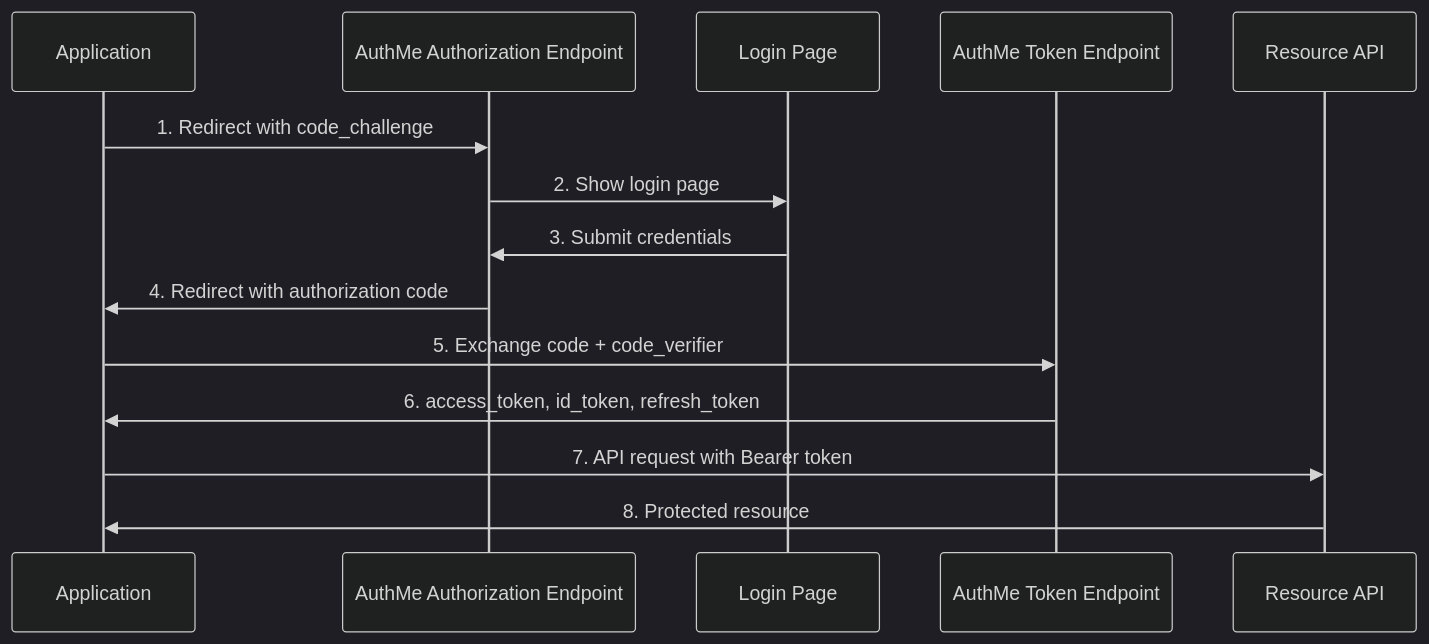
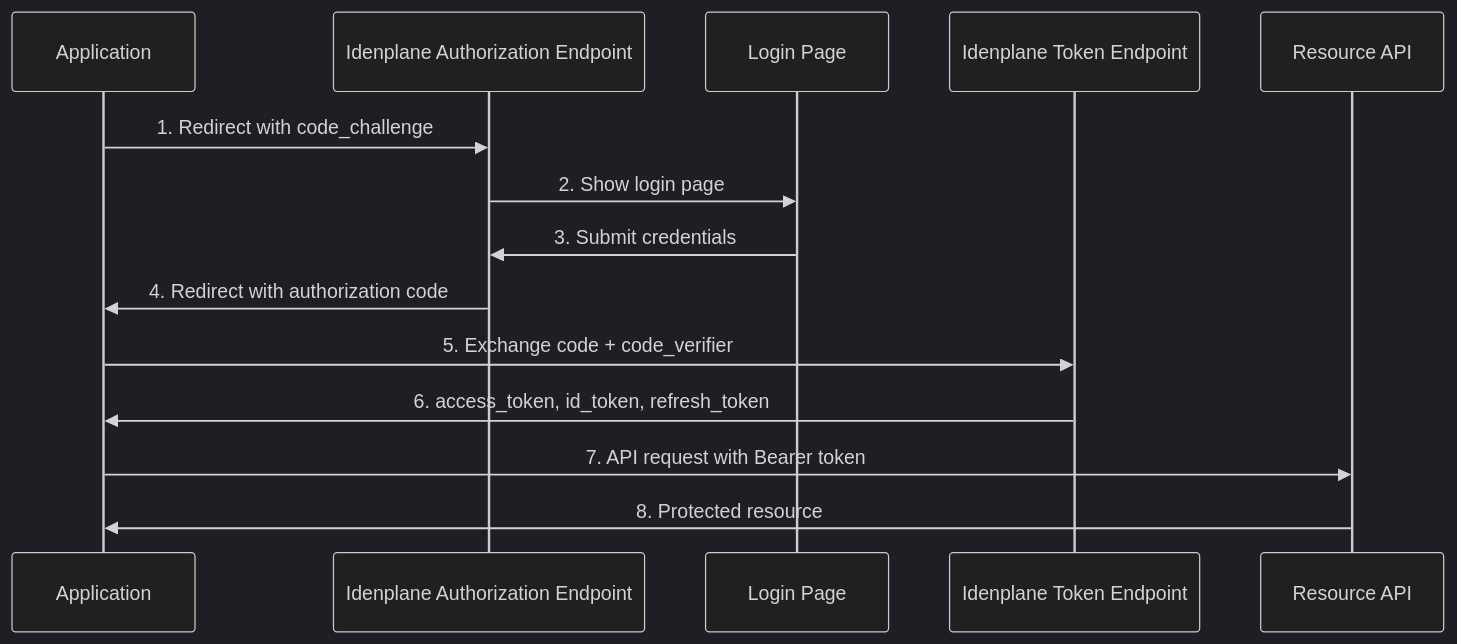
The first of 2 diagrams in docs/docs/guides/authentication.mdx (idenplane/idenplane), drawn with Mermaid (dark theme) before and after one commit. The commit also changed other lines of this file and 582 other files, not shown here.

First line of the commit message:
chore(rebrand): rename project from AuthMe to Idenplane (#889)

````diff
--- a/docs/docs/guides/authentication.mdx
+++ b/docs/docs/guides/authentication.mdx
@@ -34,17 +34,17 @@
 ```mermaid
 sequenceDiagram
     participant App as Application
-    participant Auth as AuthMe Authorization Endpoint
+    participant Auth as Idenplane Authorization Endpoint
     participant Login as Login Page
-    participant Token as AuthMe Token Endpoint
+    participant Token as Idenplane Token Endpoint
     participant API as Resource API
 
     App->>Auth: 1. Redirect with code_challenge
     Auth->>Login: 2. Show login page
     Login->>Auth: 3. Submit credentials
     Auth->>App: 4. Redirect with authorization code
     App->>Token: 5. Exchange code + code_verifier
     Token->>App: 6. access_token, id_token, refresh_token
     App->>API: 7. API request with Bearer token
     API->>App: 8. Protected resource
 ```
````
